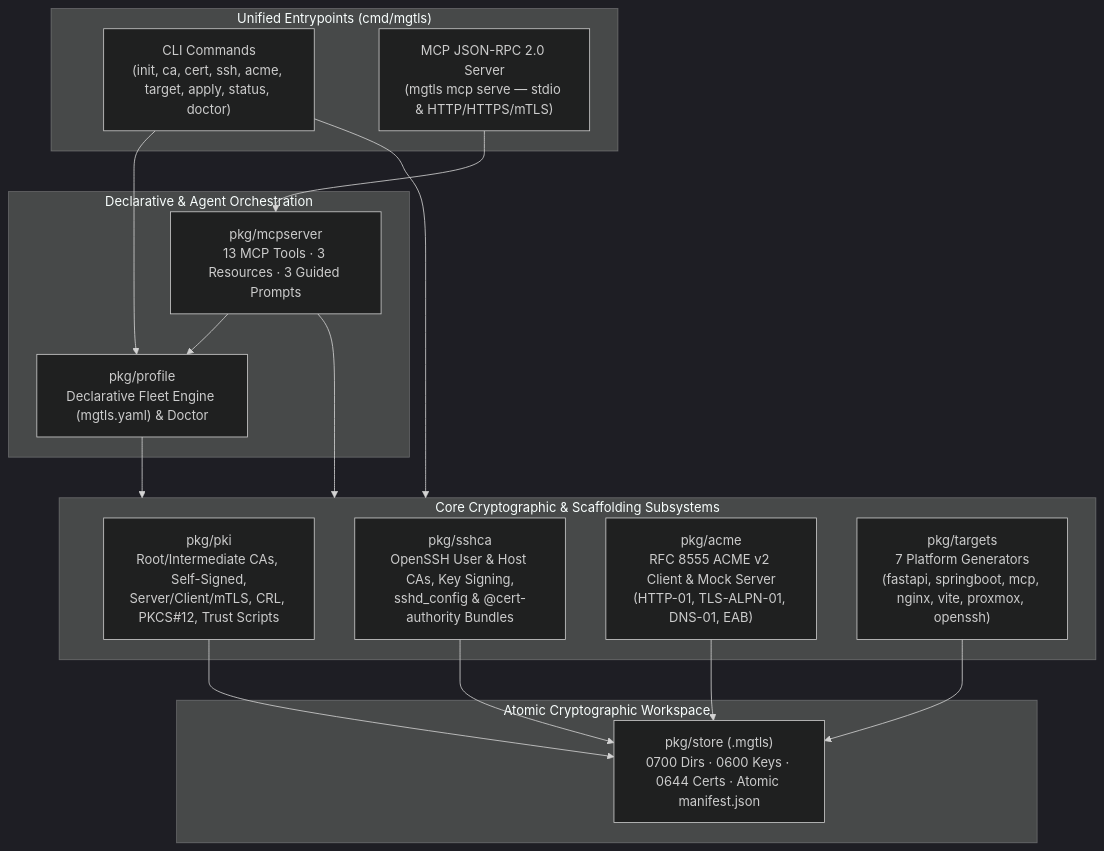
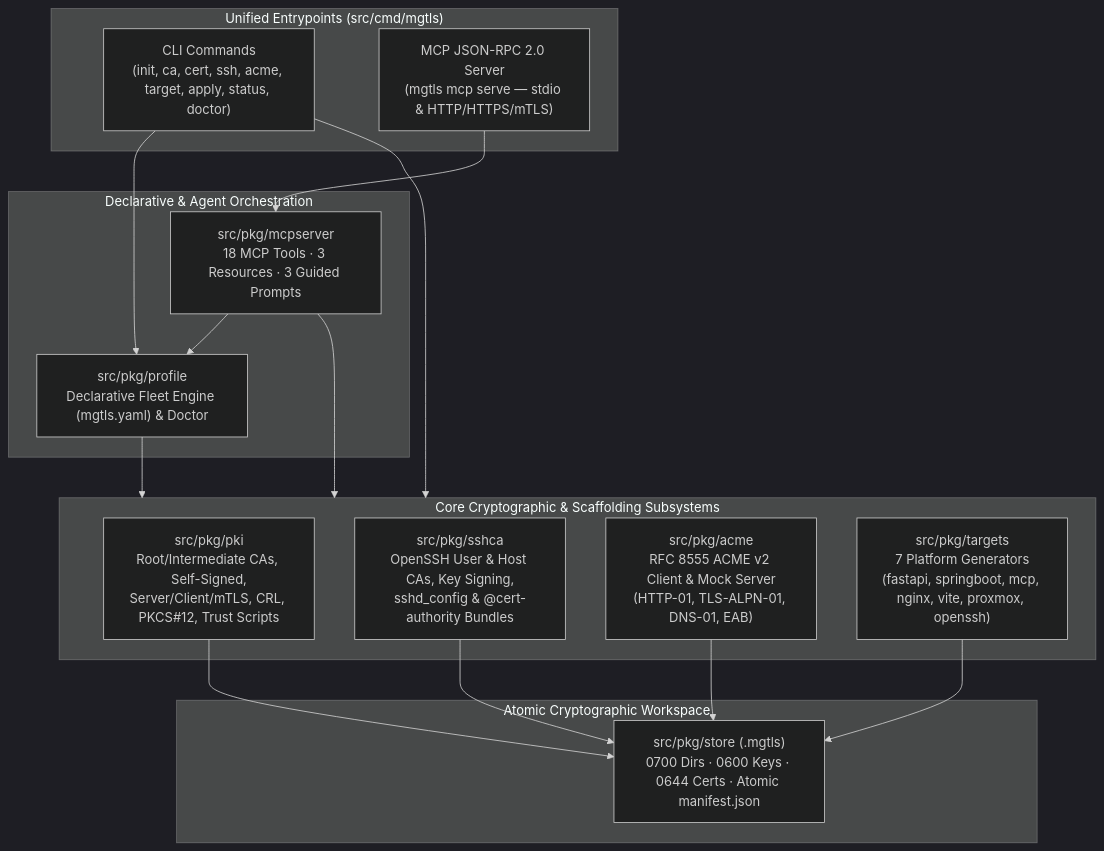
The diagram in README.md (bsommers/mgtls), drawn with Mermaid (dark theme) before and after one commit. The commit also changed other lines of this file and 76 other files, not shown here.

````diff
--- a/README.md
+++ b/README.md
@@ -15,34 +48,34 @@
 ```mermaid
 flowchart TD
-    subgraph Entrypoints["Unified Entrypoints (cmd/mgtls)"]
+    subgraph Entrypoints["Unified Entrypoints (src/cmd/mgtls)"]
         CLI["CLI Commands\n(init, ca, cert, ssh, acme, target, apply, status, doctor)"]
         MCP["MCP JSON-RPC 2.0 Server\n(mgtls mcp serve — stdio & HTTP/HTTPS/mTLS)"]
     end
 
     subgraph Orchestration["Declarative & Agent Orchestration"]
-        Profile["pkg/profile\nDeclarative Fleet Engine (mgtls.yaml) & Doctor"]
-        MCPServer["pkg/mcpserver\n13 MCP Tools · 3 Resources · 3 Guided Prompts"]
+        Profile["src/pkg/profile\nDeclarative Fleet Engine (mgtls.yaml) & Doctor"]
+        MCPServer["src/pkg/mcpserver\n18 MCP Tools · 3 Resources · 3 Guided Prompts"]
     end
 
     subgraph Subsystems["Core Cryptographic & Scaffolding Subsystems"]
-        PKI["pkg/pki\nRoot/Intermediate CAs, Self-Signed,\nServer/Client/mTLS, CRL, PKCS#12, Trust Scripts"]
-        SSHCA["pkg/sshca\nOpenSSH User & Host CAs, Key Signing,\nsshd_config & @cert-authority Bundles"]
-        ACME["pkg/acme\nRFC 8555 ACME v2 Client & Mock Server\n(HTTP-01, TLS-ALPN-01, DNS-01, EAB)"]
-        Targets["pkg/targets\n7 Platform Generators\n(fastapi, springboot, mcp, nginx, vite, proxmox, openssh)"]
+        PKI["src/pkg/pki\nRoot/Intermediate CAs, Self-Signed,\nServer/Client/mTLS, CRL, PKCS#12, Trust Scripts"]
+        SSHCA["src/pkg/sshca\nOpenSSH User & Host CAs, Key Signing,\nsshd_config & @cert-authority Bundles"]
+        ACME["src/pkg/acme\nRFC 8555 ACME v2 Client & Mock Server\n(HTTP-01, TLS-ALPN-01, DNS-01, EAB)"]
+        Targets["src/pkg/targets\n7 Platform Generators\n(fastapi, springboot, mcp, nginx, vite, proxmox, openssh)"]
     end
 
     subgraph Storage["Atomic Cryptographic Workspace"]
-        Store["pkg/store (.mgtls)\n0700 Dirs · 0600 Keys · 0644 Certs · Atomic manifest.json"]
+        Store["src/pkg/store (.mgtls)\n0700 Dirs · 0600 Keys · 0644 Certs · Atomic manifest.json"]
     end
 
     CLI --> Profile
     CLI --> Subsystems
     MCP --> MCPServer
     MCPServer --> Profile
     MCPServer --> Subsystems
     Profile --> Subsystems
     PKI --> Store
     SSHCA --> Store
     ACME --> Store
     Targets --> Store
 ```
````
